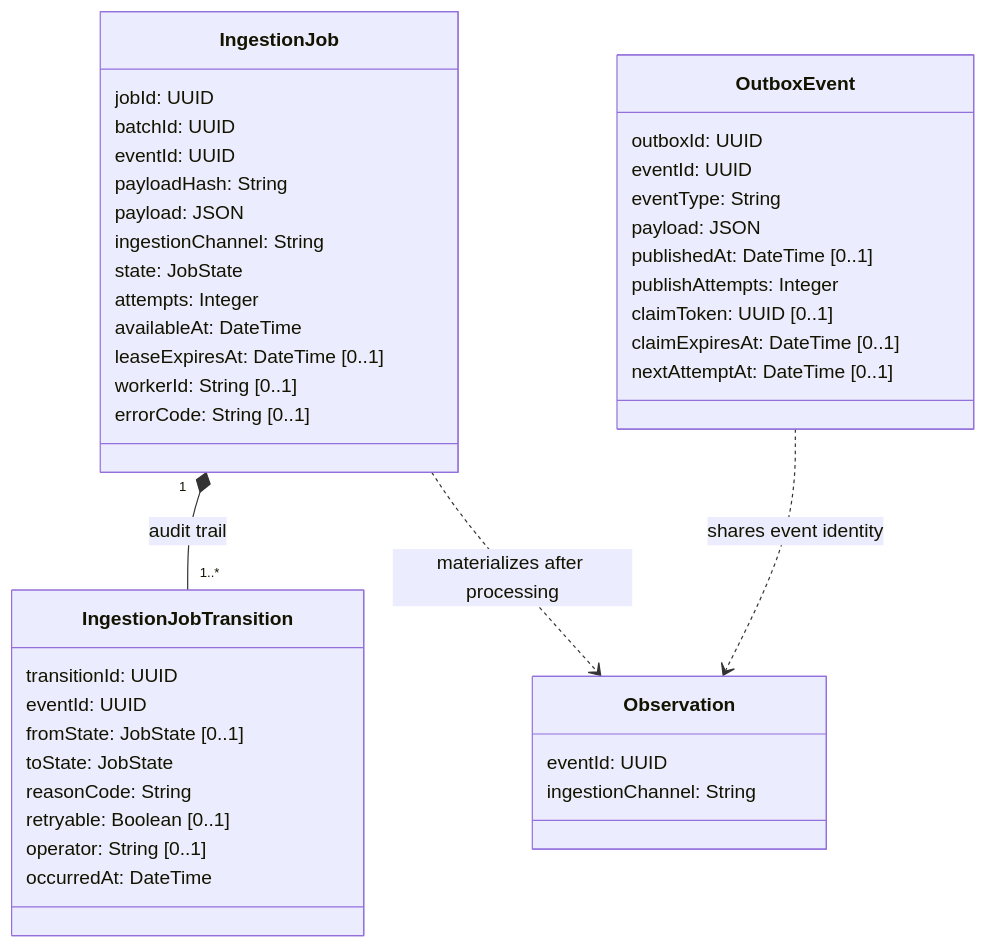
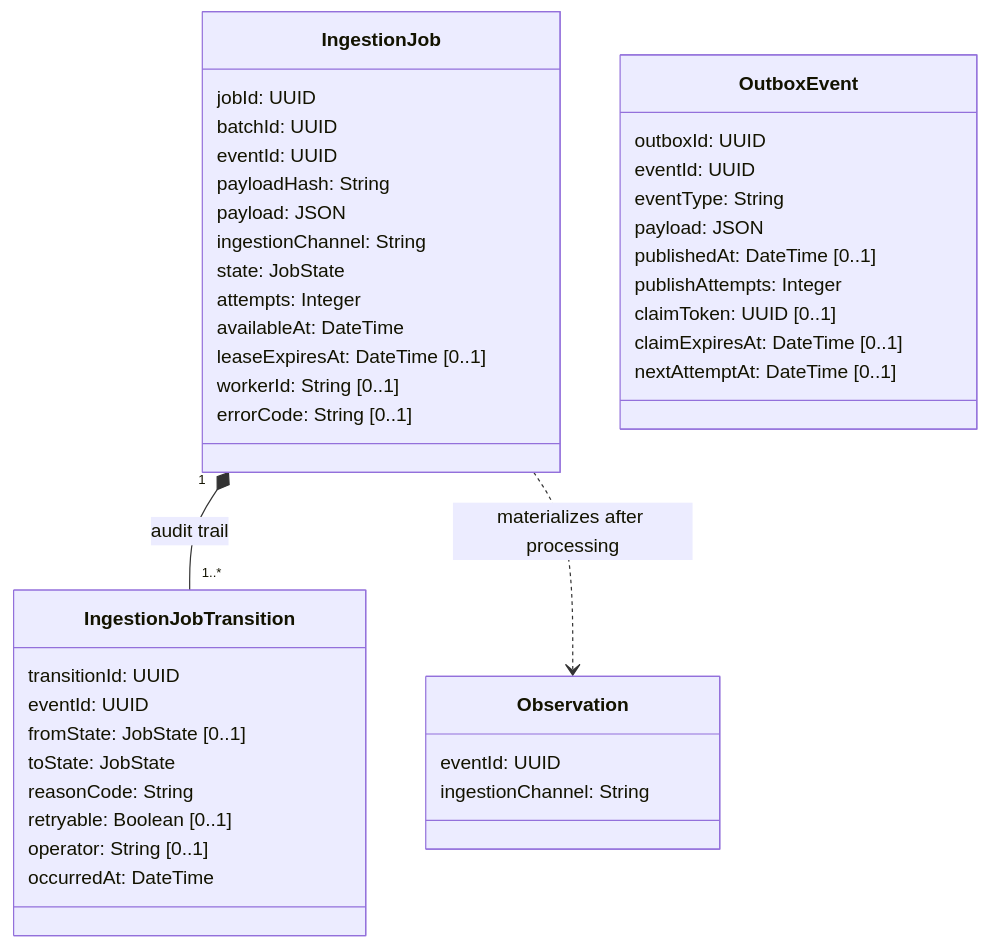
The diagram in diagrams/03b-ingestion-classes.mmd (ZakariaElKhaldi/4iir-sr), drawn with Mermaid before and after one commit. The commit also changed 46 other files, not shown here.

First line of the commit message:
Update main document structure and add project timeline

```diff
--- a/diagrams/03b-ingestion-classes.mmd
+++ b/diagrams/03b-ingestion-classes.mmd
@@ -1,49 +1,48 @@
 classDiagram
     direction TB
 
     class IngestionJob {
         jobId: UUID
         batchId: UUID
         eventId: UUID
         payloadHash: String
         payload: JSON
         ingestionChannel: String
         state: JobState
         attempts: Integer
         availableAt: DateTime
         leaseExpiresAt: DateTime [0..1]
         workerId: String [0..1]
         errorCode: String [0..1]
     }
 
     class IngestionJobTransition {
         transitionId: UUID
         eventId: UUID
         fromState: JobState [0..1]
         toState: JobState
         reasonCode: String
         retryable: Boolean [0..1]
         operator: String [0..1]
         occurredAt: DateTime
     }
 
     class Observation {
         eventId: UUID
         ingestionChannel: String
     }
 
     class OutboxEvent {
         outboxId: UUID
         eventId: UUID
         eventType: String
         payload: JSON
         publishedAt: DateTime [0..1]
         publishAttempts: Integer
         claimToken: UUID [0..1]
         claimExpiresAt: DateTime [0..1]
         nextAttemptAt: DateTime [0..1]
     }
 
     IngestionJob "1" *-- "1..*" IngestionJobTransition : audit trail
     IngestionJob ..> Observation : materializes after processing
-    OutboxEvent ..> Observation : shares event identity
```
